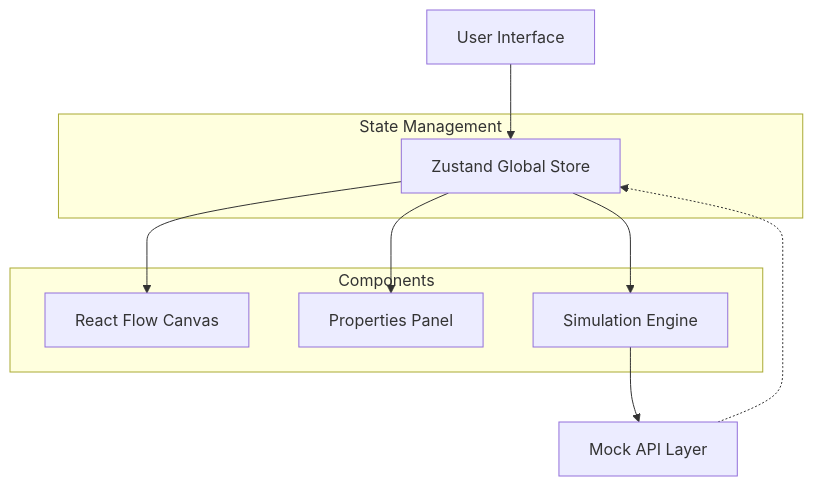
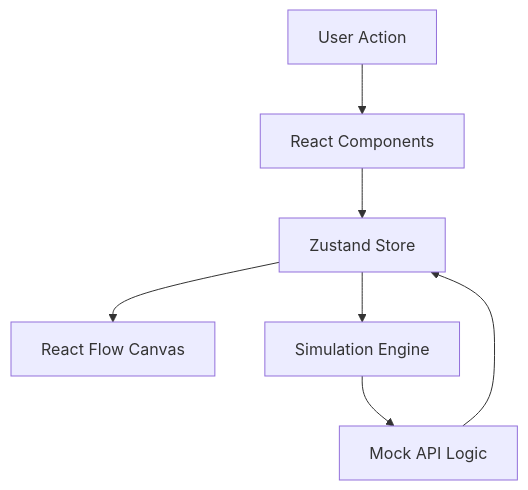
The diagram in README.md (trisharaj11/tredence-assignment), drawn with Mermaid before and after one commit. The commit also changed other lines of this file, not shown here.

````diff
--- a/README.md
+++ b/README.md
@@ -53,20 +75,9 @@
 ```mermaid
 graph TD
-    UI[User Interface] --> Store[Zustand Global Store]
-    Store --> Canvas[React Flow Canvas]
-    Store --> Panel[Properties Panel]
-    Store --> Sandbox[Simulation Engine]
-    
-    Sandbox --> MockAPI[Mock API Layer]
-    MockAPI -.-> Store
-    
-    subgraph "State Management"
-    Store
-    end
-    
-    subgraph "Components"
-    Canvas
-    Panel
-    Sandbox
-    end
+    A[User Action] --> B[React Components]
+    B --> C[Zustand Store]
+    C --> D[React Flow Canvas]
+    C --> E[Simulation Engine]
+    E --> F[Mock API Logic]
+    F --> C
 ```
````
